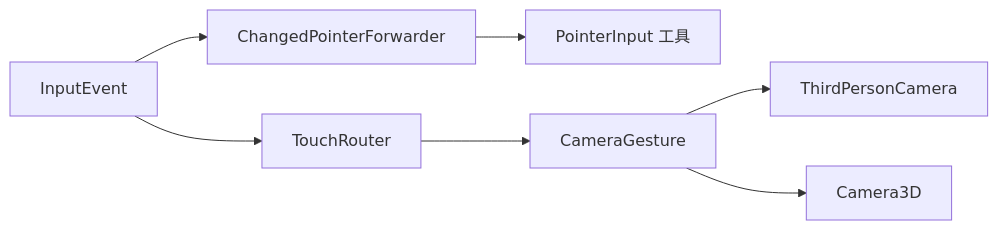
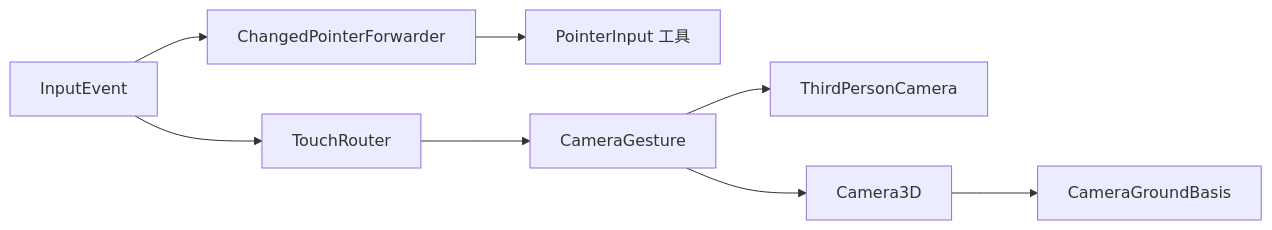
Before and after one commit to sj123sheng/my-world: the eighth of 8 diagrams in .qoder/repowiki/zh/content/输入处理系统/相机手势识别.md, drawn with Mermaid. The commit also changed other lines of this file and 28 other files, not shown here.

````diff
--- a/.qoder/repowiki/zh/content/输入处理系统/相机手势识别.md
+++ b/.qoder/repowiki/zh/content/输入处理系统/相机手势识别.md
@@ -248,9 +304,10 @@
 ```mermaid
 graph LR
 IE["InputEvent"] --> TR["TouchRouter"]
 IE --> CPF["ChangedPointerForwarder"]
 CPF --> PI["PointerInput 工具"]
 TR --> CG["CameraGesture"]
 CG --> TPC["ThirdPersonCamera"]
 CG --> C3D["Camera3D"]
+C3D --> CGB["CameraGroundBasis"]
 ```
````
